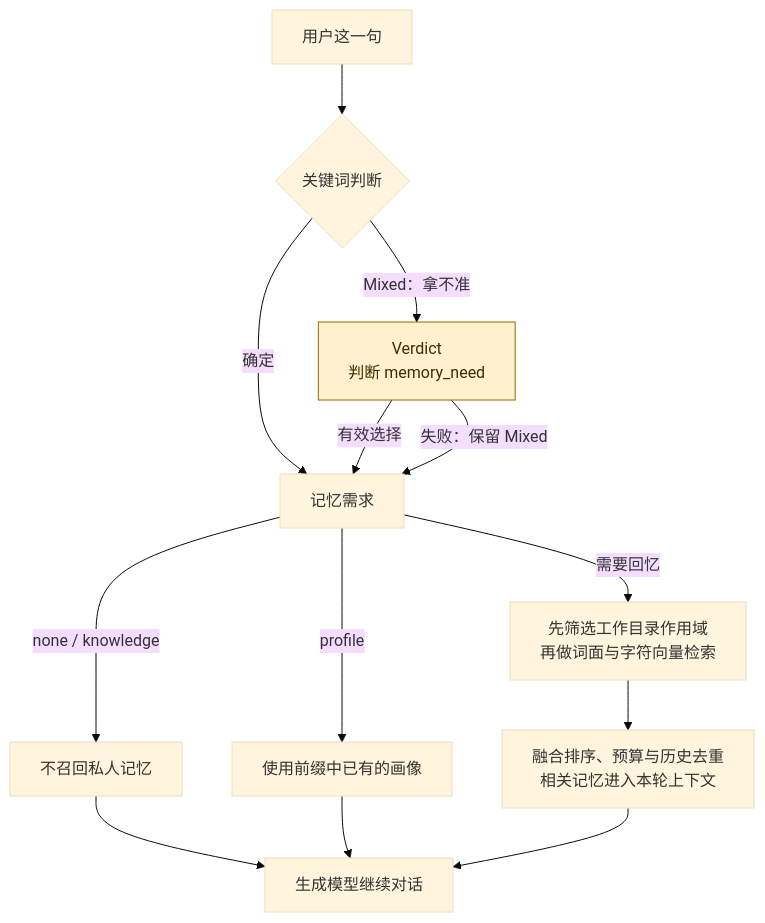
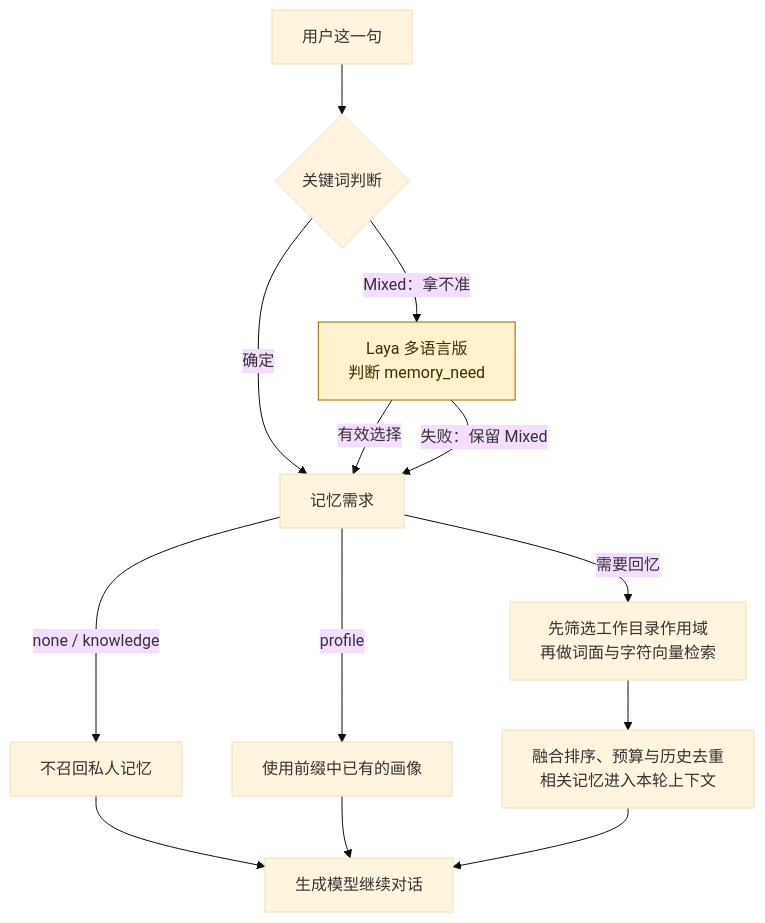
The second of 7 diagrams in README.md (sjxbbdb/YunXi-Bot), drawn with Mermaid (base theme) before and after one commit. The commit also changed other lines of this file and 185 other files, not shown here.

````diff
--- a/README.md
+++ b/README.md
@@ -136,17 +174,17 @@
 ```mermaid
 flowchart TB
     INPUT[用户这一句] --> GATE{关键词判断}
     GATE -->|确定| NEED[记忆需求]
-    GATE -->|Mixed：拿不准| V[Verdict<br/>判断 memory_need]
+    GATE -->|Mixed：拿不准| V[Laya 多语言版<br/>判断 memory_need]
     V -->|有效选择| NEED
     V -->|失败：保留 Mixed| NEED
     NEED -->|none / knowledge| SKIP[不召回私人记忆]
     NEED -->|profile| PROFILE[使用前缀中已有的画像]
     NEED -->|需要回忆| SEARCH[先筛选工作目录作用域<br/>再做词面与字符向量检索]
     SEARCH --> TAIL[融合排序、预算与历史去重<br/>相关记忆进入本轮上下文]
     SKIP --> ANSWER[生成模型继续对话]
     PROFILE --> ANSWER
     TAIL --> ANSWER
     classDef decision fill:#fff2cc,stroke:#9a6700,color:#3b2e00;
     class V decision;
 ```
````
